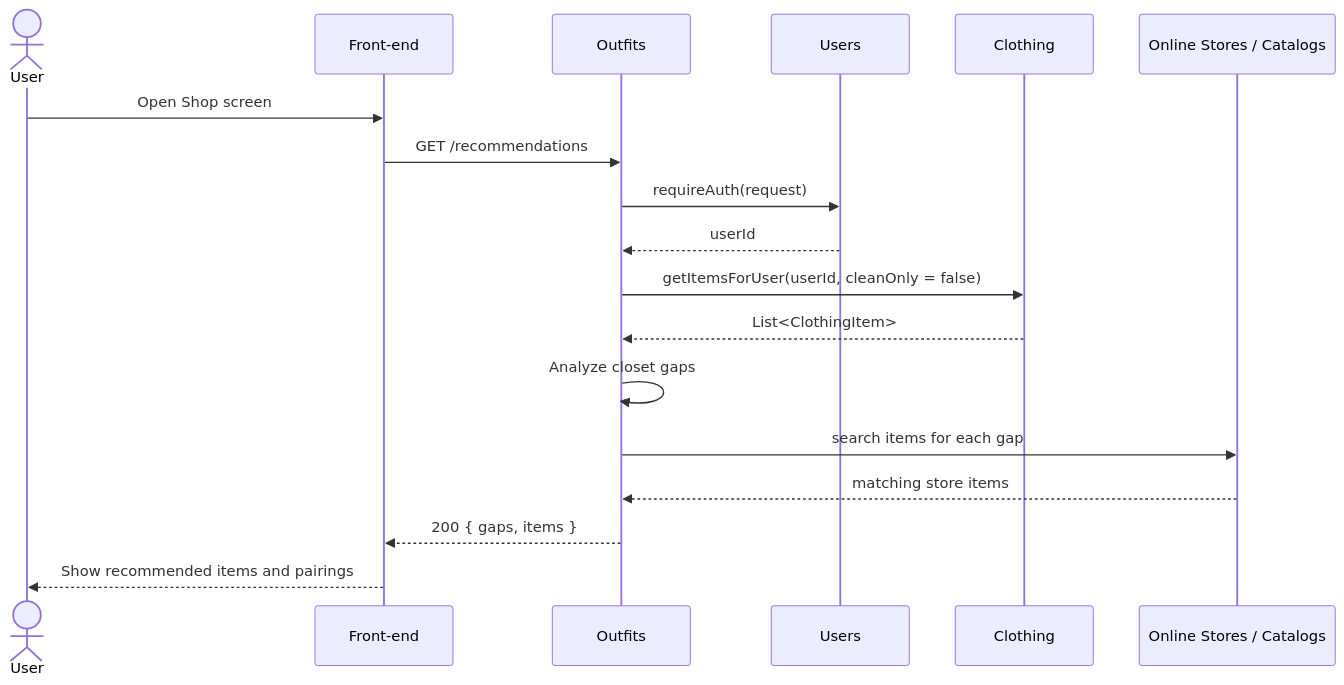
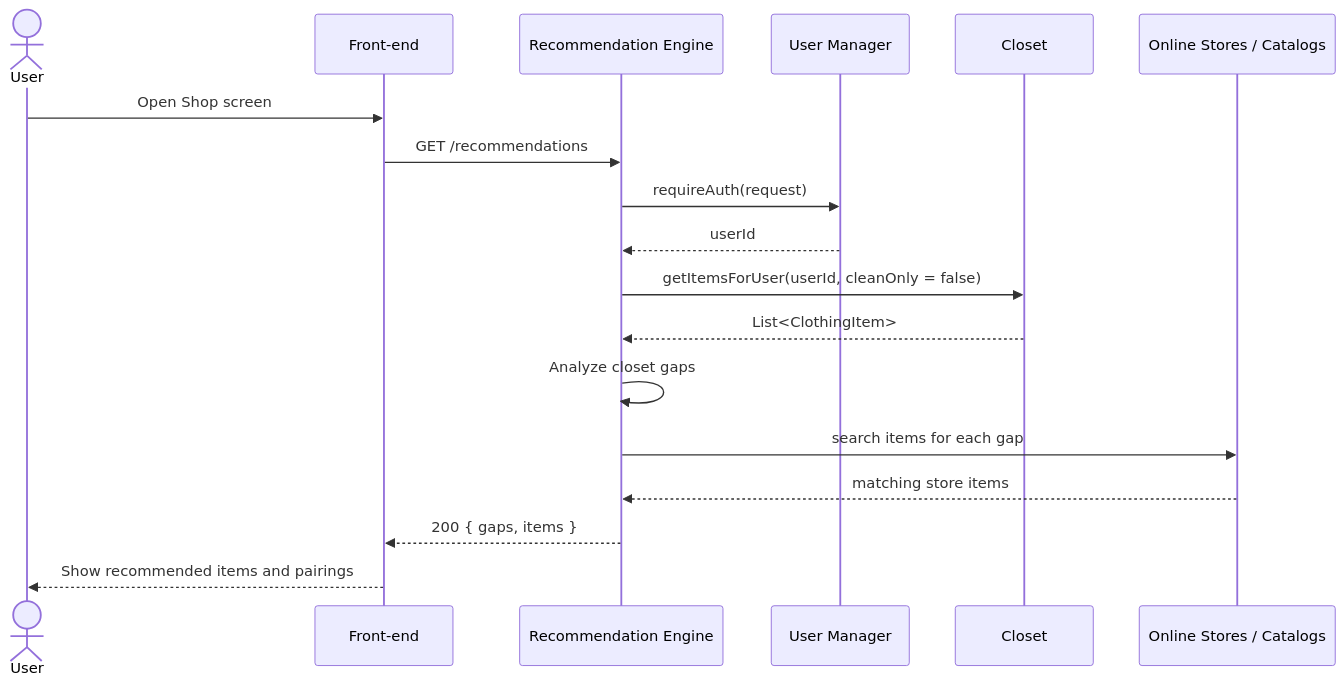
One commit to evannawfal/fabricate changed the fourth of 5 diagrams in documentation/Requirements_and_Design.md. Above: the diagram before and after it, drawn with Mermaid. The commit also changed other lines of this file and 2 other files, not shown here.

First line of the commit message:
docs: match Requirements_and_Design.md to the redrawn diagrams

````diff
--- a/documentation/Requirements_and_Design.md
+++ b/documentation/Requirements_and_Design.md
@@ -474,21 +453,21 @@
 ```mermaid
 sequenceDiagram
     actor U as User
     participant FE as Front-end
-    participant OU as Outfits
-    participant US as Users
-    participant CL as Clothing
+    participant OU as Recommendation Engine
+    participant US as User Manager
+    participant CL as Closet
     participant ST as Online Stores / Catalogs
 
     U->>FE: Open Shop screen
     FE->>OU: GET /recommendations
     OU->>US: requireAuth(request)
     US-->>OU: userId
     OU->>CL: getItemsForUser(userId, cleanOnly = false)
     CL-->>OU: List<ClothingItem>
     OU->>OU: Analyze closet gaps
     OU->>ST: search items for each gap
     ST-->>OU: matching store items
     OU-->>FE: 200 { gaps, items }
     FE-->>U: Show recommended items and pairings
 ```
````
